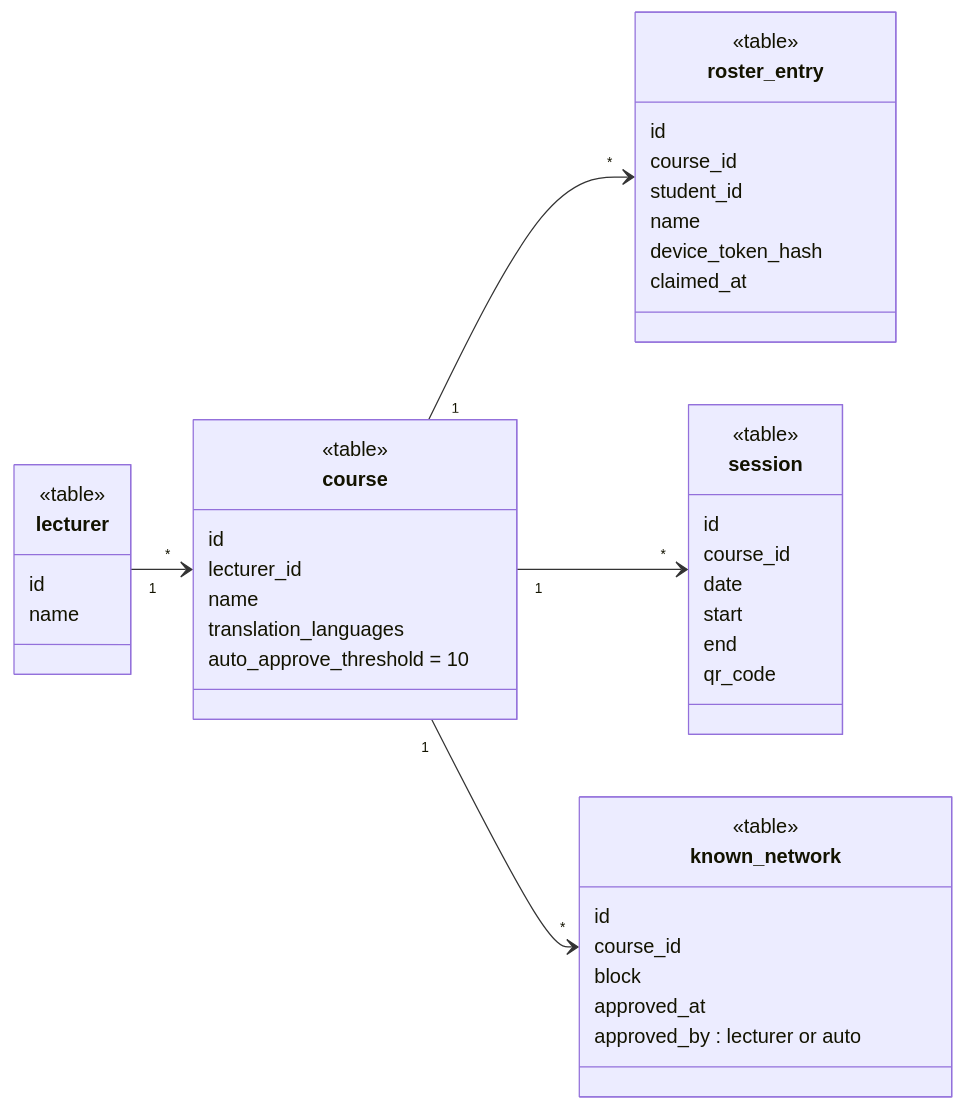
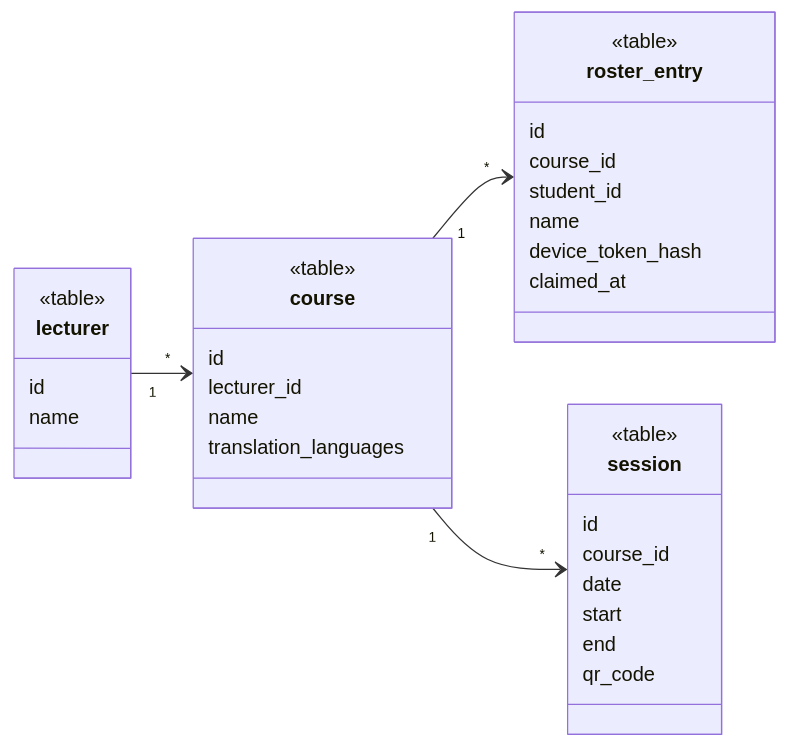
One commit to ofeq-dev/class-connect changed the second of 7 diagrams in docs/diagrams/class-diagram.md. Above: the diagram before and after it, drawn with Mermaid. The commit also changed other lines of this file and 4 other files, not shown here.

````diff
--- a/docs/diagrams/class-diagram.md
+++ b/docs/diagrams/class-diagram.md
@@ -166,47 +163,37 @@
 ```mermaid
 classDiagram
   direction LR
   class lecturer {
     <<table>>
     id
     name
   }
   class course {
     <<table>>
     id
     lecturer_id
     name
     translation_languages
-    auto_approve_threshold = 10
   }
   class roster_entry {
     <<table>>
     id
     course_id
     student_id
     name
     device_token_hash
     claimed_at
   }
   class session {
     <<table>>
     id
     course_id
     date
     start
     end
     qr_code
   }
-  class known_network {
-    <<table>>
-    id
-    course_id
-    block
-    approved_at
-    approved_by : lecturer or auto
-  }
   lecturer "1" --> "*" course
   course "1" --> "*" roster_entry
   course "1" --> "*" session
-  course "1" --> "*" known_network
 ```
````
